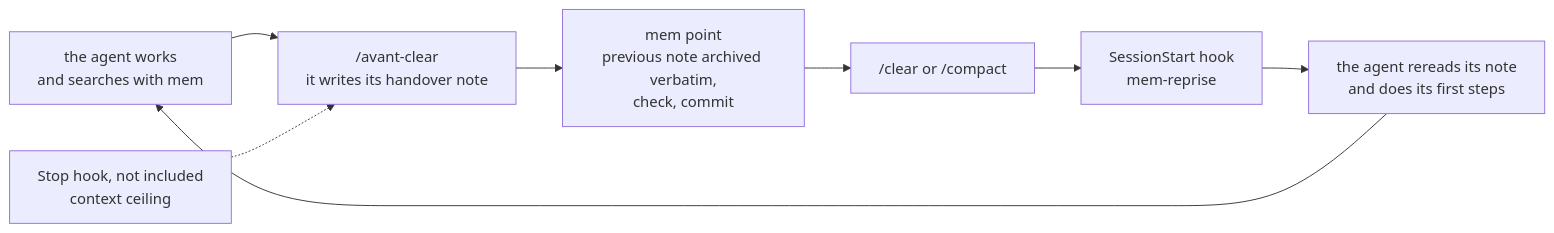
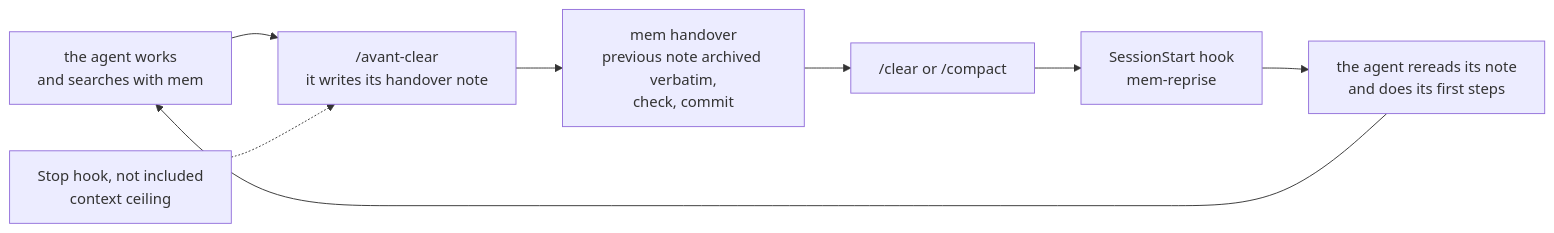
The second of 2 diagrams in README.md (drly77/mem-agents), drawn with Mermaid before and after one commit. The commit also changed other lines of this file and 2 other files, not shown here.

````diff
--- a/README.md
+++ b/README.md
@@ -163,10 +164,10 @@
 ```mermaid
 flowchart LR
   T["the agent works<br/>and searches with mem"] --> P["/avant-clear<br/>it writes its handover note"]
   G["Stop hook, not included<br/>context ceiling"] -.-> P
-  P --> MP["mem point<br/>previous note archived verbatim,<br/>check, commit"]
+  P --> MP["mem handover<br/>previous note archived verbatim,<br/>check, commit"]
   MP --> C["/clear or /compact"]
   C --> H["SessionStart hook<br/>mem-reprise"]
   H --> L["the agent rereads its note<br/>and does its first steps"]
   L --> T
 ```
````
